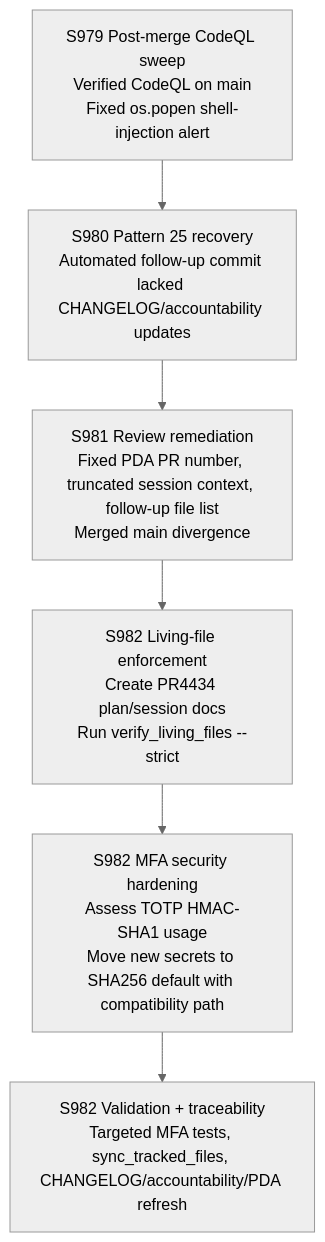
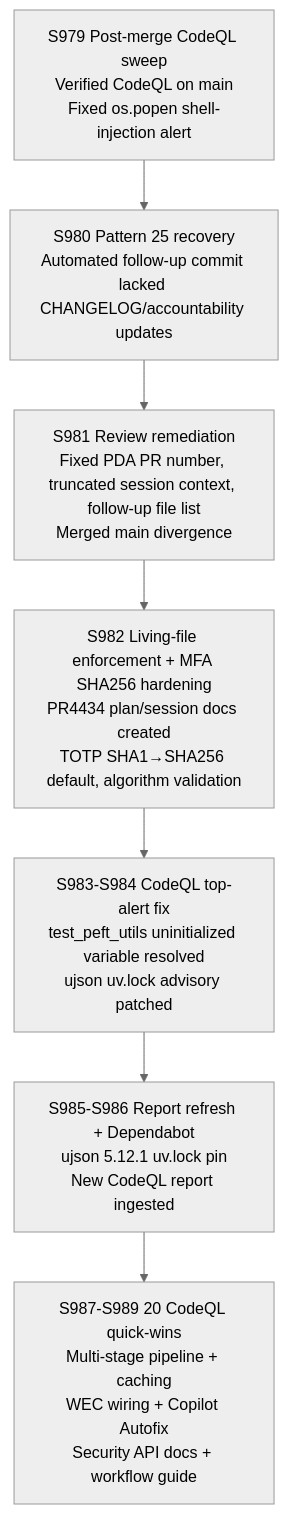
One commit to Aries-Serpent/_codex_ changed the first of 2 diagrams in docs/sessions/PR4434_session_diagram.md. Above: the diagram before and after it, drawn with Mermaid (neutral theme). The commit also changed other lines of this file and 14 other files, not shown here.

First line of the commit message:
fix(review): remove unused imports in fetch_codeql_alerts.py; initialize loaded_bundle in test_peft_utils.py

````diff
--- a/docs/sessions/PR4434_session_diagram.md
+++ b/docs/sessions/PR4434_session_diagram.md
@@ -3,9 +3,10 @@
 ```mermaid
 graph TD
   A[S979 Post-merge CodeQL sweep<br/>Verified CodeQL on main<br/>Fixed os.popen shell-injection alert] --> B
   B[S980 Pattern 25 recovery<br/>Automated follow-up commit lacked CHANGELOG/accountability updates] --> C
   C[S981 Review remediation<br/>Fixed PDA PR number, truncated session context, follow-up file list<br/>Merged main divergence] --> D
-  D[S982 Living-file enforcement<br/>Create PR4434 plan/session docs<br/>Run verify_living_files --strict] --> E
-  E[S982 MFA security hardening<br/>Assess TOTP HMAC-SHA1 usage<br/>Move new secrets to SHA256 default with compatibility path] --> F
-  F[S982 Validation + traceability<br/>Targeted MFA tests, sync_tracked_files, CHANGELOG/accountability/PDA refresh]
+  D[S982 Living-file enforcement + MFA SHA256 hardening<br/>PR4434 plan/session docs created<br/>TOTP SHA1→SHA256 default, algorithm validation] --> E
+  E[S983-S984 CodeQL top-alert fix<br/>test_peft_utils uninitialized variable resolved<br/>ujson uv.lock advisory patched] --> F
+  F[S985-S986 Report refresh + Dependabot<br/>ujson 5.12.1 uv.lock pin<br/>New CodeQL report ingested] --> G
+  G[S987-S989 20 CodeQL quick-wins<br/>Multi-stage pipeline + caching<br/>WEC wiring + Copilot Autofix<br/>Security API docs + workflow guide]
 ```
````
